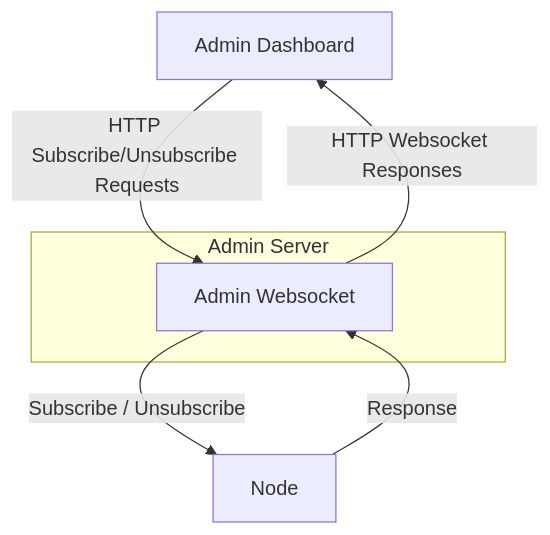
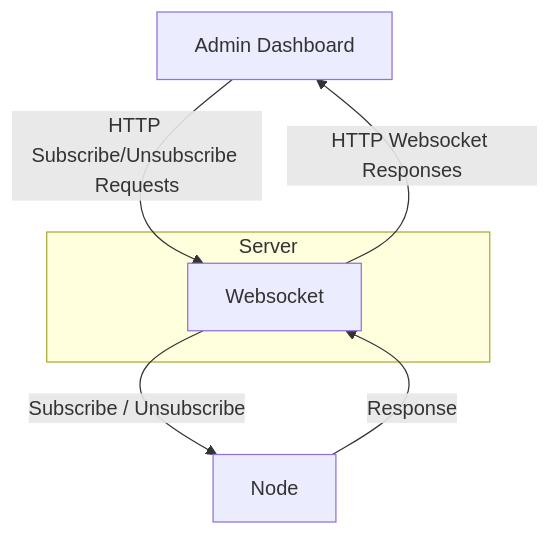
The third of 3 diagrams in crates/server/README.md (calimero-network/core), drawn with Mermaid before and after one commit. The commit also changed other lines of this file, not shown here.

````diff
--- a/crates/server/README.md
+++ b/crates/server/README.md
@@ -112,11 +112,11 @@
 ```mermaid
 flowchart TD
-    A[Admin Dashboard] -->|HTTP Subscribe/Unsubscribe Requests| B[Admin Websocket]
+    A[Admin Dashboard] -->|HTTP Subscribe/Unsubscribe Requests| B[Websocket]
     B -->|HTTP Websocket Responses| A
     B -->|Subscribe / Unsubscribe| D[Node]
     D -->|Response| B
 
-    subgraph Admin Server
+    subgraph Server
         B
     end
 ```
````
